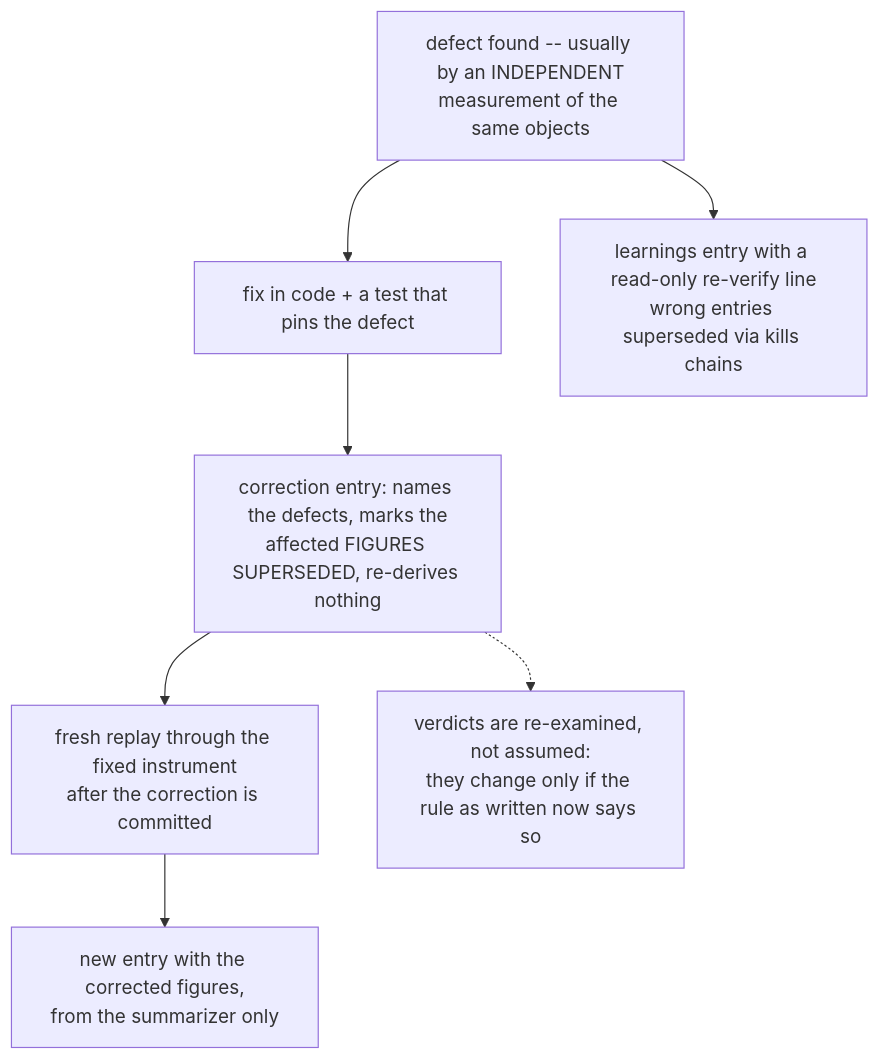
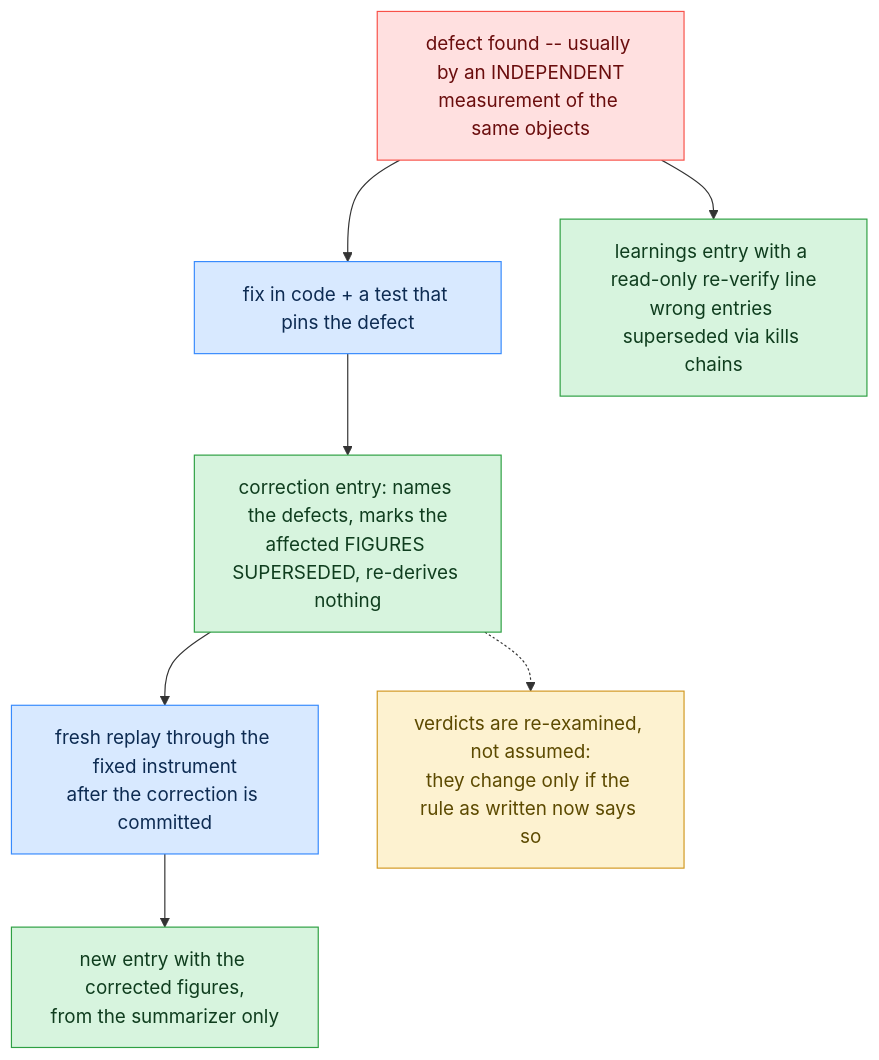
The fifth of 7 diagrams in README.md (hossainpazooki/linear-ceiling), drawn with Mermaid before and after one commit. The commit also changed other lines of this file, not shown here.

````diff
--- a/README.md
+++ b/README.md
@@ -142,9 +171,17 @@
 ```mermaid
 flowchart TD
     D[defect found -- usually by an INDEPENDENT<br/>measurement of the same objects] --> F[fix in code + a test that pins the defect]
     D --> L[learnings entry with a read-only re-verify line<br/>wrong entries superseded via kills chains]
     F --> C[correction entry: names the defects, marks the<br/>affected FIGURES SUPERSEDED, re-derives nothing]
     C --> R[fresh replay through the fixed instrument<br/>after the correction is committed]
     R --> N[new entry with the corrected figures,<br/>from the summarizer only]
     C -.-> V[verdicts are re-examined, not assumed:<br/>they change only if the rule as written now says so]
+    classDef bad fill:#ffe0e0,stroke:#f85149,color:#6a0d0d;
+    classDef work fill:#d8e9ff,stroke:#388bfd,color:#0d2b52;
+    classDef record fill:#d7f4de,stroke:#2ea043,color:#0f3d1e;
+    classDef guard fill:#fdf2d0,stroke:#d29922,color:#5c4a00;
+    class D bad;
+    class F,R work;
+    class L,C,N record;
+    class V guard;
 ```
````
